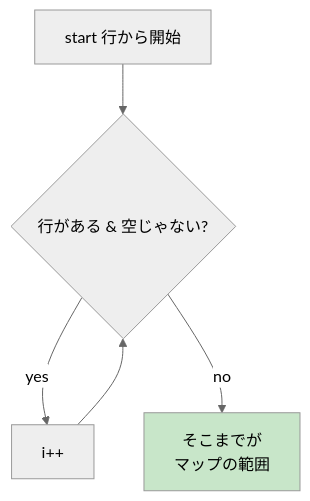
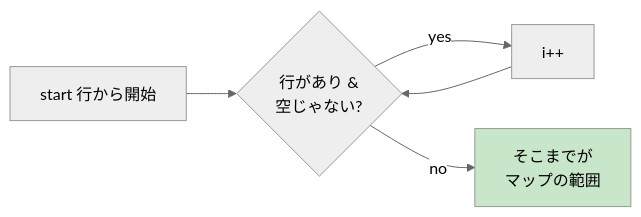
Before and after one commit to Tsunanko/cub3d-guide: the fourth of 5 diagrams in docs/09-debugging.md, drawn with Mermaid (neutral theme). The commit also changed other lines of this file and 6 other files, not shown here.

First line of the commit message:
Make Mermaid diagrams fill viewport width and convert vertical flowcharts to horizontal

````diff
--- a/docs/09-debugging.md
+++ b/docs/09-debugging.md
@@ -193,9 +192,8 @@
 ```mermaid
-flowchart TD
-    A[start 行から開始] --> B{行がある & 空じゃない?}
-    B -->|yes| C[i++]
-    C --> B
+flowchart LR
+    A[start 行から開始] --> B{行があり &<br>空じゃない?}
+    B -->|yes| C[i++] --> B
     B -->|no| D[そこまでが<br>マップの範囲]
 
     style D fill:#C8E6C9
 ```
````
